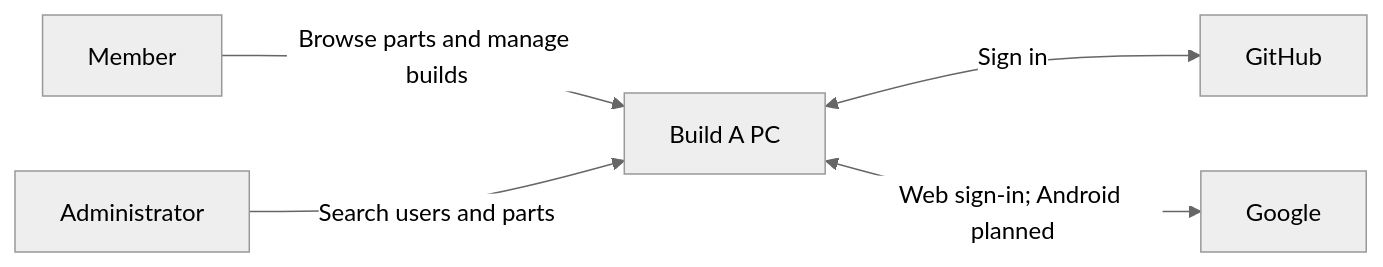
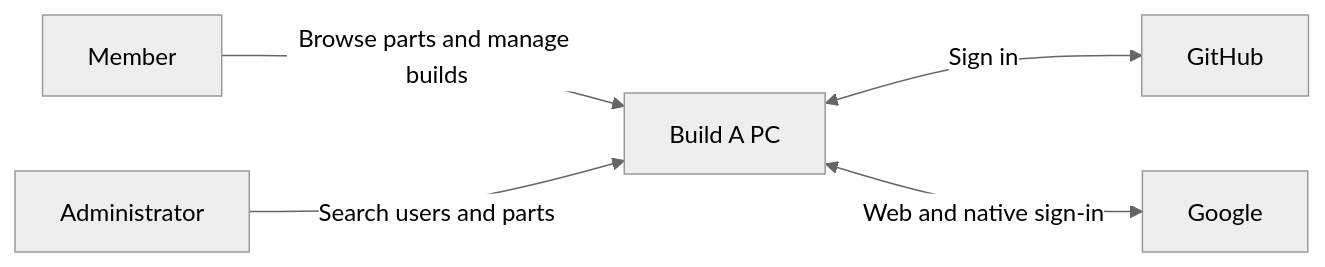
The first of 2 diagrams in docs/architecture.md (The-Fry-Guys/Build_A_PC), drawn with Mermaid (neutral theme) before and after one commit. The commit also changed other lines of this file and 33 other files, not shown here.

Commit message:
google oauth android

````diff
--- a/docs/architecture.md
+++ b/docs/architecture.md
@@ -8,7 +9,7 @@
 ```mermaid
 flowchart LR
     Member["Member"] -->|"Browse parts and manage builds"| System["Build A PC"]
     Admin["Administrator"] -->|"Search users and parts"| System
     System <-->|"Sign in"| GitHub["GitHub"]
-    System <-->|"Web sign-in; Android planned"| Google["Google"]
+    System <-->|"Web and native sign-in"| Google["Google"]
 ```
````
